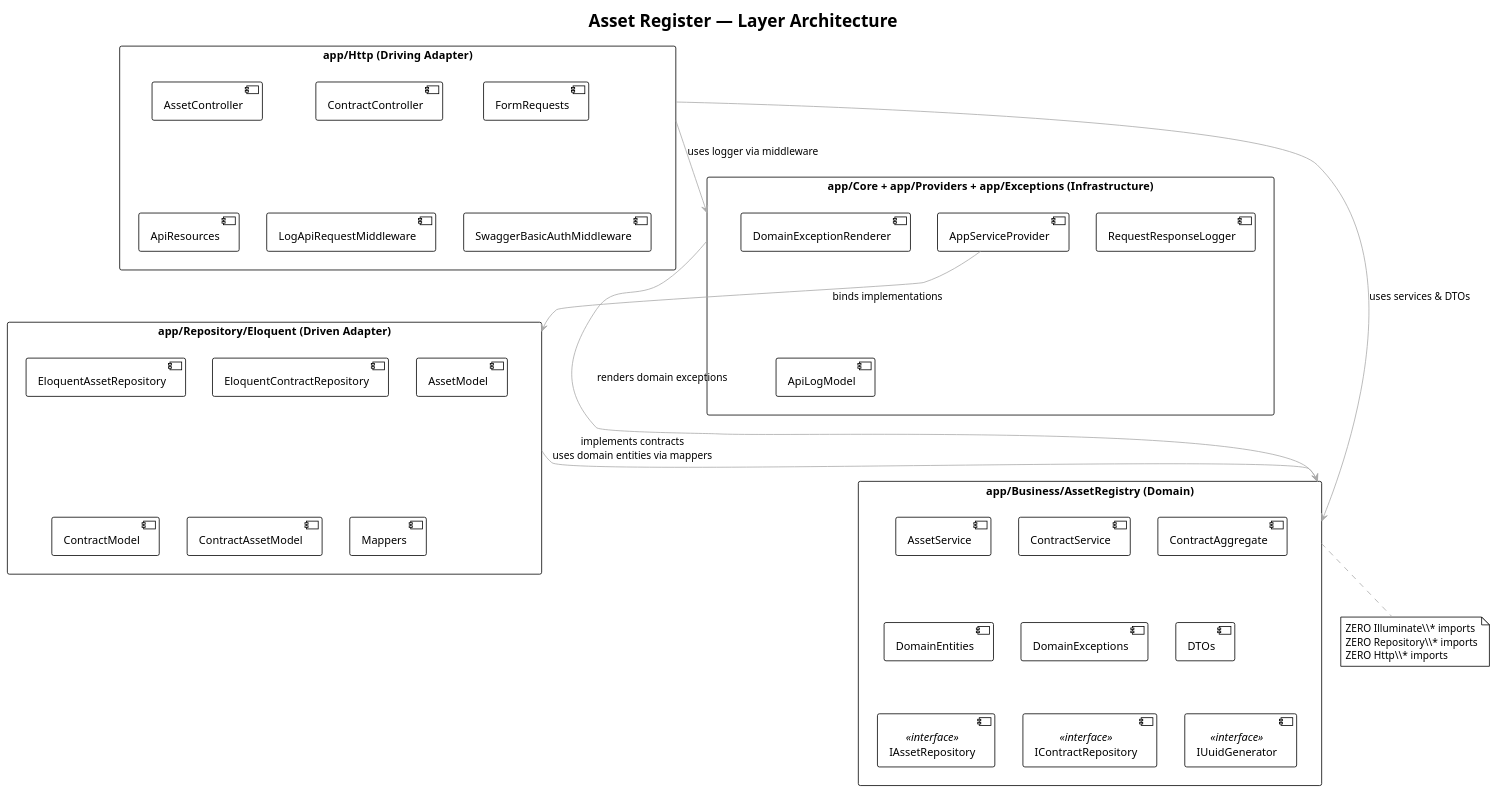
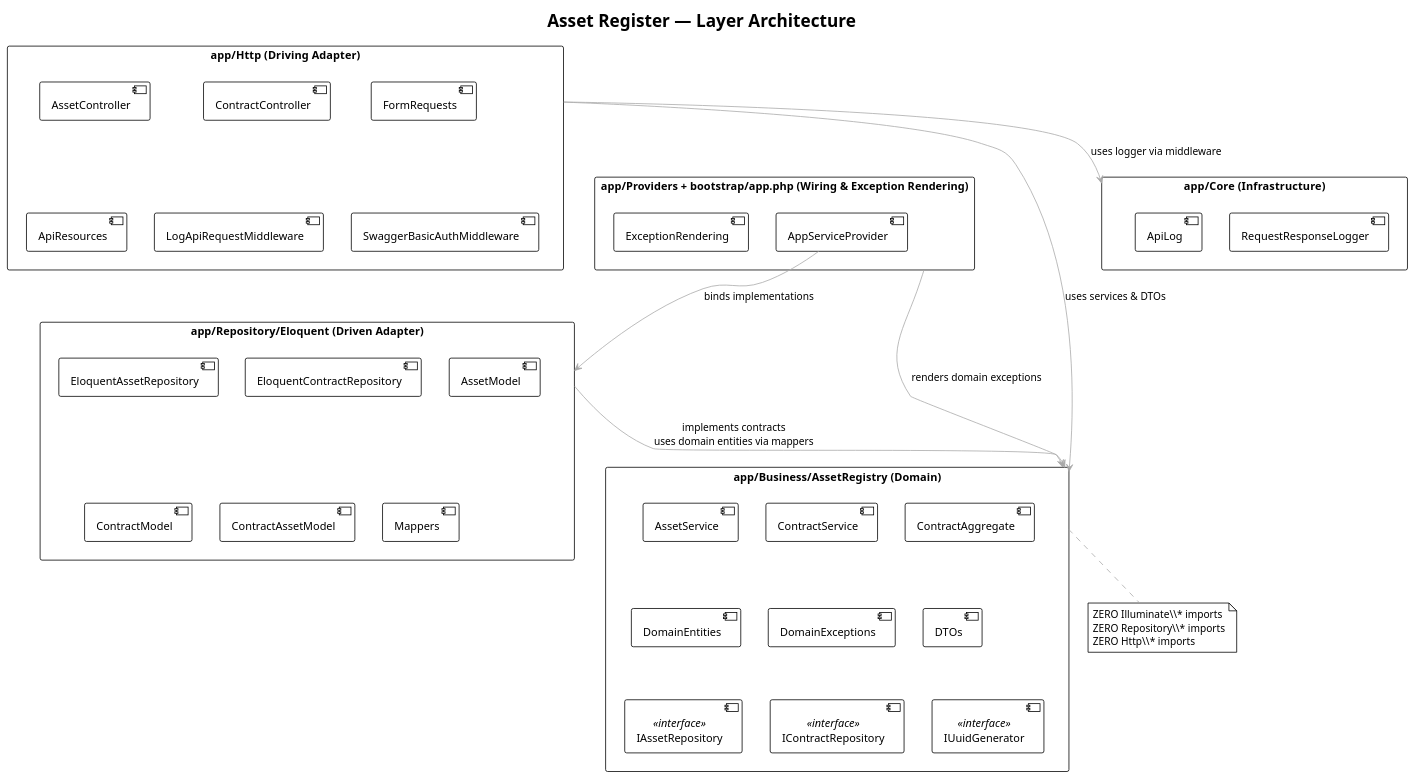
Before and after one commit to blumlill/asset-register: the diagram in docs/architecture.puml, drawn with PlantUML. The commit also changed 117 other files, not shown here.

```diff
--- a/docs/architecture.puml
+++ b/docs/architecture.puml
@@ -1,60 +1,63 @@
 @startuml architecture
 !theme plain
 skinparam packageStyle rectangle
 skinparam ArrowColor DarkGray
 skinparam componentStyle uml2
 
 title Asset Register — Layer Architecture
 
 package "app/Http  (Driving Adapter)" as Http {
     component AssetController
     component ContractController
     component FormRequests
     component ApiResources
     component LogApiRequestMiddleware
     component SwaggerBasicAuthMiddleware
 }
 
 package "app/Business/AssetRegistry  (Domain)" as Business {
     component AssetService
     component ContractService
     component ContractAggregate
     component DomainEntities
     component DomainExceptions
     component DTOs
     component IAssetRepository <<interface>>
     component IContractRepository <<interface>>
     component IUuidGenerator <<interface>>
 }
 
 package "app/Repository/Eloquent  (Driven Adapter)" as Repository {
     component EloquentAssetRepository
     component EloquentContractRepository
     component AssetModel
     component ContractModel
     component ContractAssetModel
     component Mappers
 }
 
-package "app/Core + app/Providers + app/Exceptions  (Infrastructure)" as Core {
+package "app/Core  (Infrastructure)" as Core {
+    component RequestResponseLogger
+    component ApiLog
+}
+
+package "app/Providers + bootstrap/app.php  (Wiring & Exception Rendering)" as Providers {
     component AppServiceProvider
-    component DomainExceptionRenderer
-    component RequestResponseLogger
-    component ApiLogModel
+    component ExceptionRendering
 }
 
 ' Allowed dependency arrows
 Http --> Business : uses services & DTOs
 Http --> Core : uses logger via middleware
 Repository --> Business : implements contracts\nuses domain entities via mappers
-Core --> Business : renders domain exceptions
+Providers --> Business : renders domain exceptions
 AppServiceProvider --> Repository : binds implementations
 
 ' Enforced prohibitions (no arrows drawn)
 note bottom of Business
   ZERO Illuminate\\* imports
   ZERO Repository\\* imports
   ZERO Http\\* imports
 end note
 
 @enduml
```
